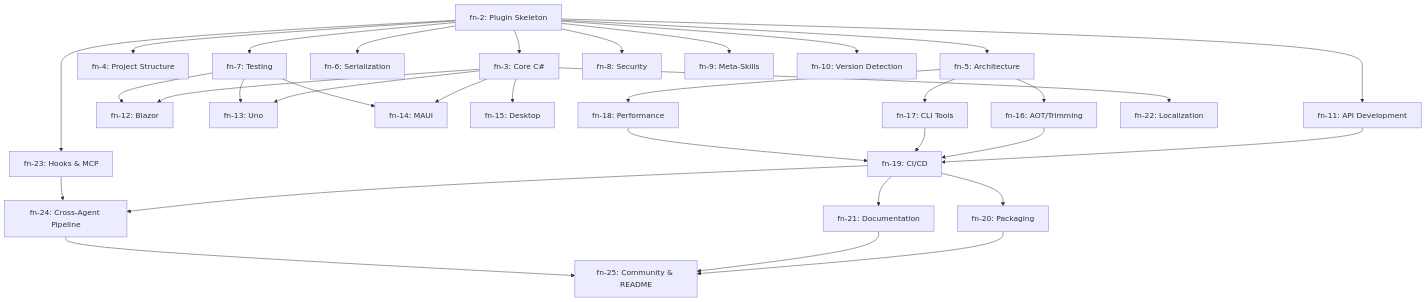
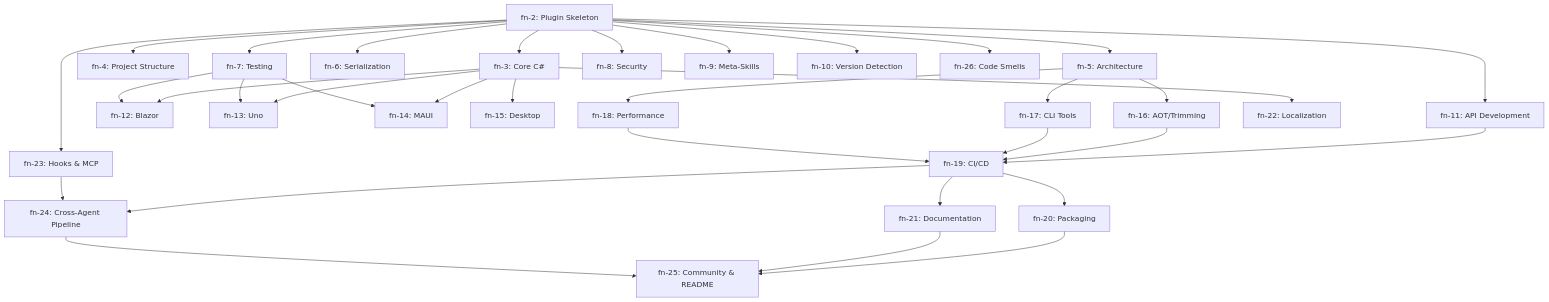
Before and after one commit to novotnyllc/dotnet-marketplace: the diagram in .flow/specs/fn-1-dotnet-artisan-comprehensive-net-coding.md, drawn with Mermaid. The commit also changed other lines of this file and 3 other files, not shown here.

First line of the commit message:
feat(core-csharp): register dotnet-csharp-code-smells and update catalog docs

````diff
--- a/.flow/specs/fn-1-dotnet-artisan-comprehensive-net-coding.md
+++ b/.flow/specs/fn-1-dotnet-artisan-comprehensive-net-coding.md
@@ -11,35 +11,36 @@
 ```mermaid
 graph TD
     FN2[fn-2: Plugin Skeleton] --> FN3[fn-3: Core C#]
     FN2 --> FN4[fn-4: Project Structure]
     FN2 --> FN5[fn-5: Architecture]
     FN2 --> FN6[fn-6: Serialization]
     FN2 --> FN7[fn-7: Testing]
     FN2 --> FN8[fn-8: Security]
     FN2 --> FN9[fn-9: Meta-Skills]
     FN2 --> FN10[fn-10: Version Detection]
     FN2 --> FN11[fn-11: API Development]
+    FN2 --> FN26[fn-26: Code Smells]
     FN3 --> FN12[fn-12: Blazor]
     FN3 --> FN13[fn-13: Uno]
     FN3 --> FN14[fn-14: MAUI]
     FN3 --> FN15[fn-15: Desktop]
     FN5 --> FN16[fn-16: AOT/Trimming]
     FN5 --> FN17[fn-17: CLI Tools]
     FN5 --> FN18[fn-18: Performance]
     FN7 --> FN12
     FN7 --> FN13
     FN7 --> FN14
     FN11 --> FN19[fn-19: CI/CD]
     FN16 --> FN19
     FN17 --> FN19
     FN18 --> FN19
     FN19 --> FN20[fn-20: Packaging]
     FN19 --> FN21[fn-21: Documentation]
     FN3 --> FN22[fn-22: Localization]
     FN2 --> FN23[fn-23: Hooks & MCP]
     FN19 --> FN24[fn-24: Cross-Agent Pipeline]
     FN23 --> FN24
     FN20 --> FN25[fn-25: Community & README]
     FN21 --> FN25
     FN24 --> FN25
 ```
````
